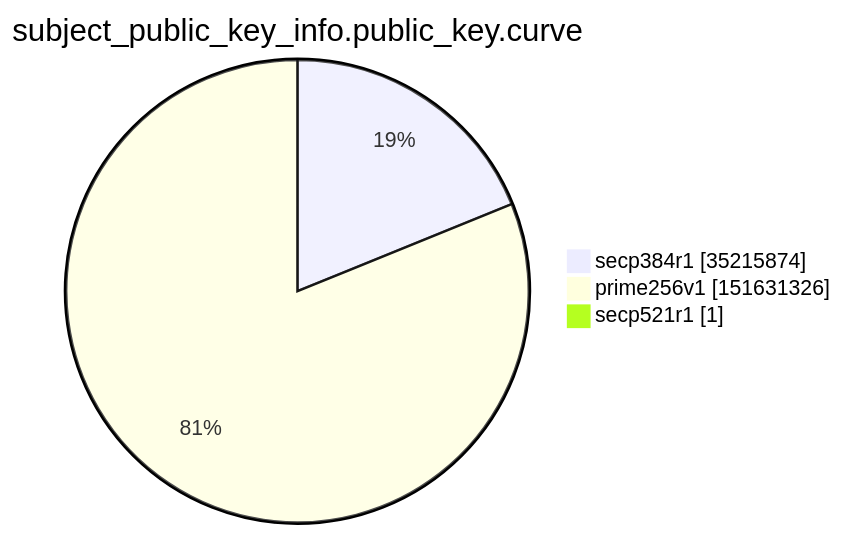
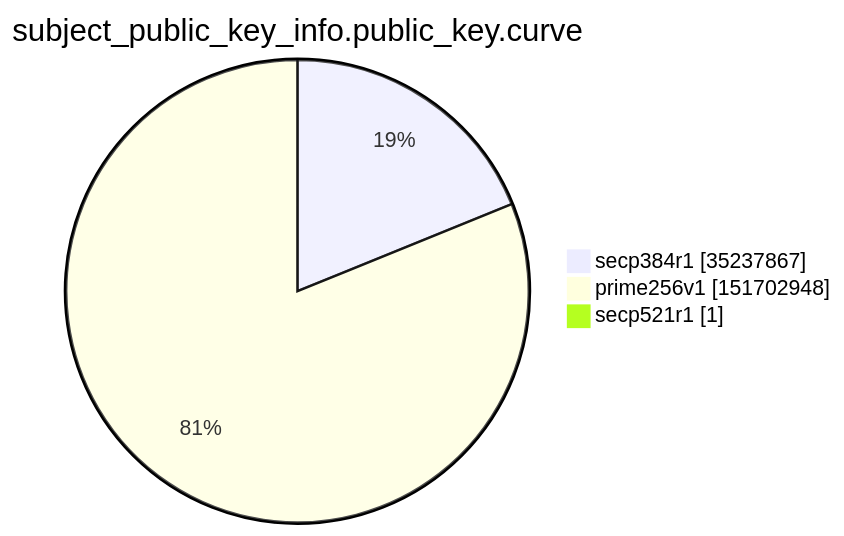
One commit to christiankrug/ctmonitor_visualization changed the ninth of 15 diagrams in argon2022/README.md. Above: the diagram before and after it, drawn with Mermaid. The commit also changed other lines of this file, not shown here.

````diff
--- a/argon2022/README.md
+++ b/argon2022/README.md
@@ -2765,7 +2765,7 @@
 ```mermaid
 pie showData
 title subject_public_key_info.public_key.curve
-"secp384r1" :35215874
-"prime256v1" :151631326
+"secp384r1" :35237867
+"prime256v1" :151702948
 "secp521r1" :1
 ```
````
